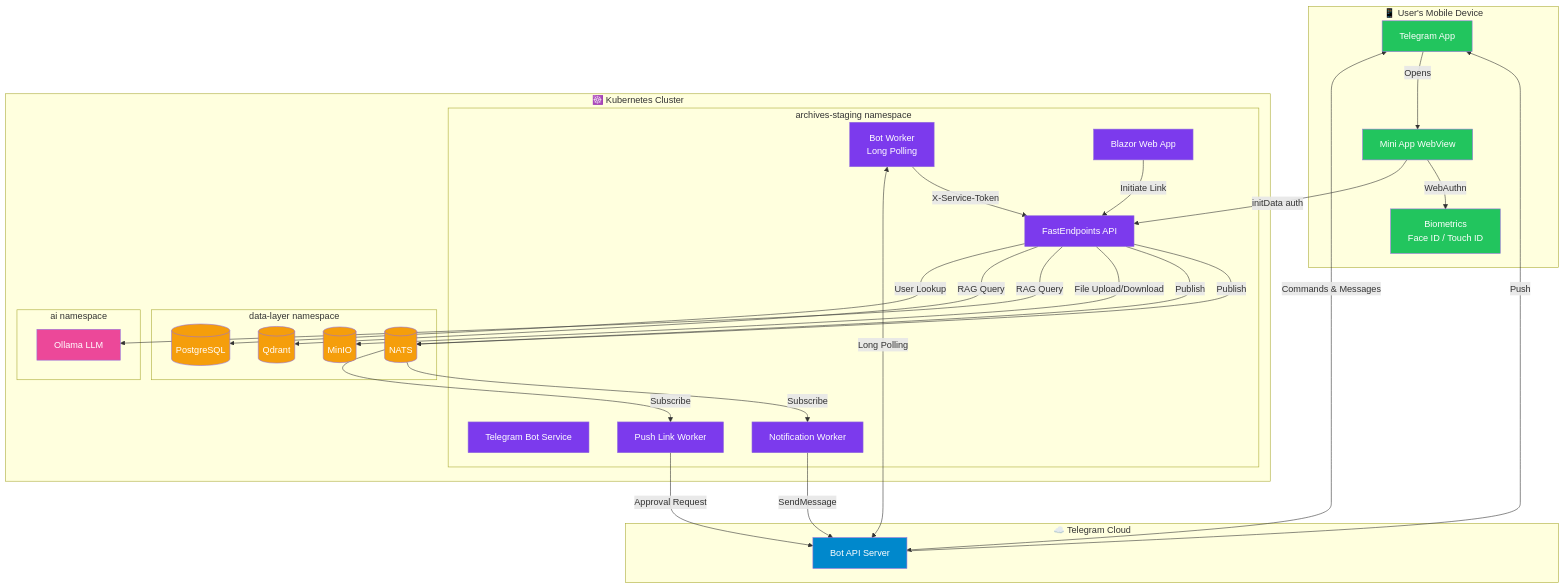
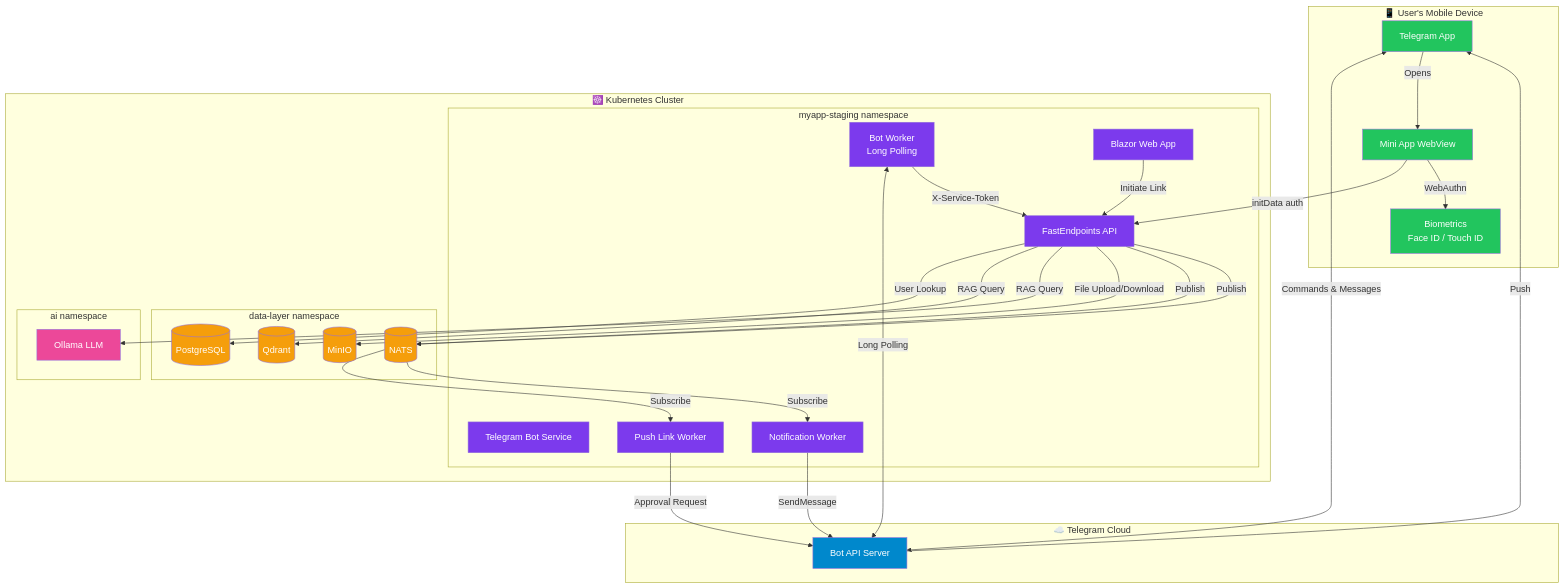
The first of 8 diagrams in src/content/blog/telegram-integration-architecture-diagrams.mdx (viktorrobin/bluerobin-blog), drawn with Mermaid before and after one commit. The commit also changed other lines of this file and 111 other files, not shown here.

````diff
--- a/src/content/blog/telegram-integration-architecture-diagrams.mdx
+++ b/src/content/blog/telegram-integration-architecture-diagrams.mdx
@@ -25,74 +26,74 @@
 ```mermaid
 flowchart TB
     subgraph Mobile["📱 User's Mobile Device"]
         TelegramApp[Telegram App]
         MiniApp[Mini App WebView]
         Biometric[Biometrics<br/>Face ID / Touch ID]
     end
     
     subgraph TelegramCloud["☁️ Telegram Cloud"]
         BotAPI[Bot API Server]
     end
     
     subgraph K8s["☸️ Kubernetes Cluster"]
-        subgraph Staging["archives-staging namespace"]
+        subgraph Staging["myapp-staging namespace"]
             BotSvc[Telegram Bot Service]
             NotifyWorker[Notification Worker]
             BotWorker[Bot Worker<br/>Long Polling]
             PushLinkWorker[Push Link Worker]
             WebApp[Blazor Web App]
             API[FastEndpoints API]
         end
         
         subgraph DataLayer["data-layer namespace"]
             NATS[(NATS)]
             PostgreSQL[(PostgreSQL)]
             MinIO[(MinIO)]
             Qdrant[(Qdrant)]
         end
         
         subgraph AI["ai namespace"]
             Ollama[Ollama LLM]
         end
     end
     
     %% User interactions
     TelegramApp <-->|Commands & Messages| BotAPI
     TelegramApp -->|Opens| MiniApp
     MiniApp -->|initData auth| API
     MiniApp -->|WebAuthn| Biometric
     
     %% Bot polling
     BotWorker <-->|Long Polling| BotAPI
     
     %% NEW: Bot uses API for all data access (service-to-service auth)
     BotWorker -->|X-Service-Token| API
     API -->|User Lookup| PostgreSQL
     API -->|RAG Query| Qdrant
     API -->|RAG Query| Ollama
     API -->|File Upload/Download| MinIO
     
     %% Push link flow
     WebApp -->|Initiate Link| API
     API -->|Publish| NATS
     NATS -->|Subscribe| PushLinkWorker
     PushLinkWorker -->|Approval Request| BotAPI
     
     %% Notification flow
     API -->|Publish| NATS
     NATS -->|Subscribe| NotifyWorker
     NotifyWorker -->|SendMessage| BotAPI
     BotAPI -->|Push| TelegramApp
     
     classDef mobile fill:#22c55e,color:#fff
     classDef telegram fill:#0088cc,color:#fff
     classDef service fill:#7c3aed,color:#fff
     classDef data fill:#f59e0b,color:#fff
     classDef ai fill:#ec4899,color:#fff
     
     class TelegramApp,MiniApp,Biometric mobile
     class BotAPI telegram
     class BotSvc,NotifyWorker,BotWorker,PushLinkWorker,WebApp,API service
     class NATS,PostgreSQL,MinIO,Qdrant data
     class Ollama ai
 ```
````
